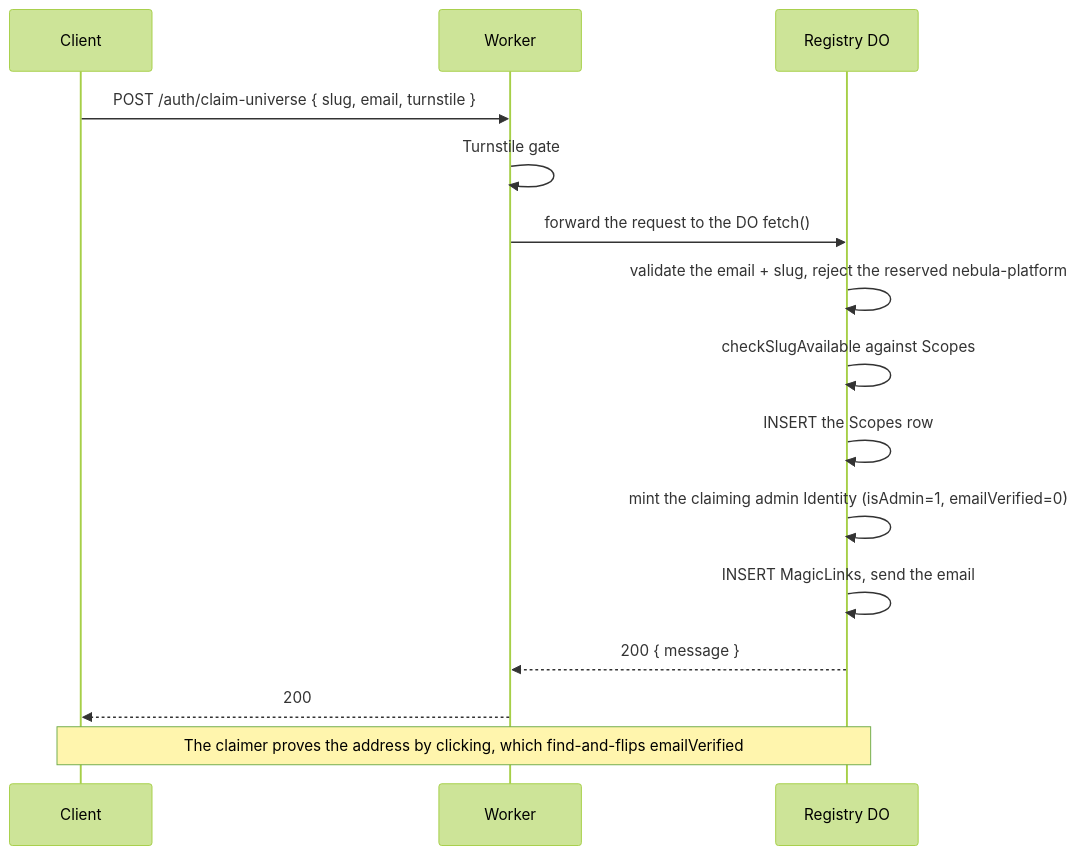
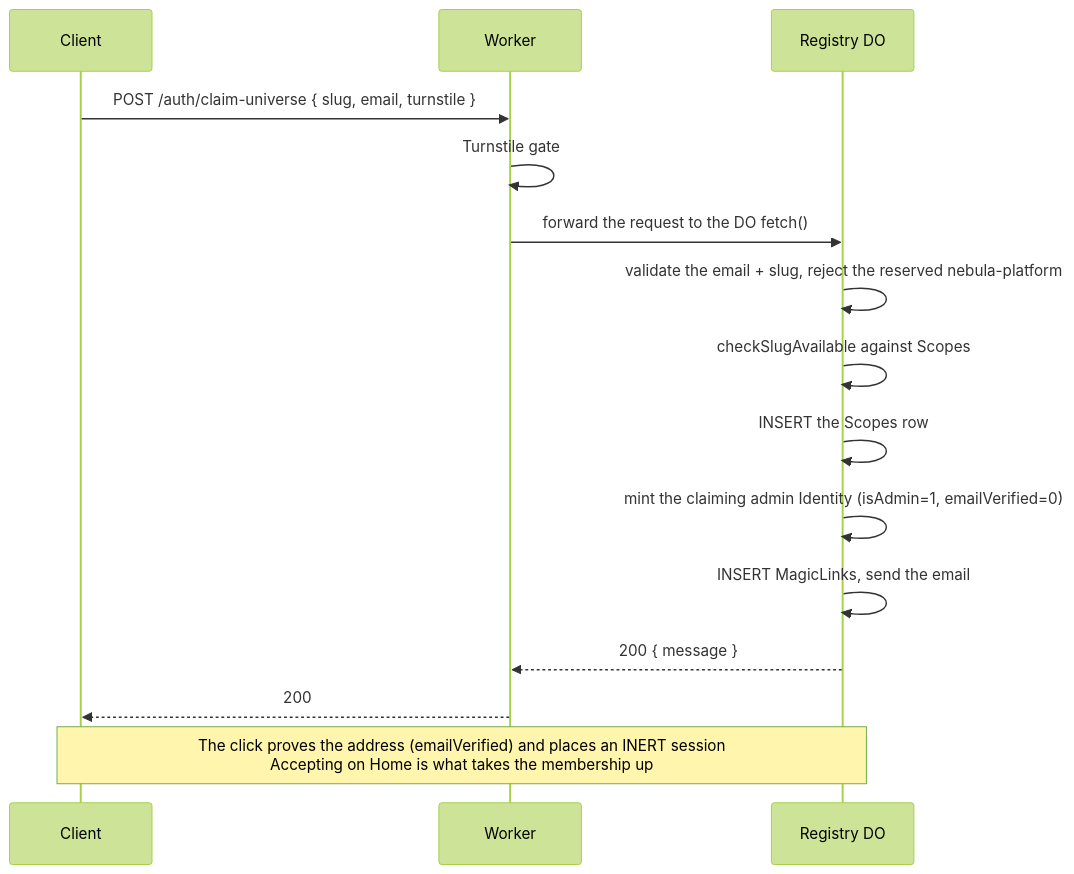
The fourth of 8 diagrams in packages/nebula-auth/README.md (lumenize/lumenize), drawn with Mermaid (forest theme) before and after one commit. The commit also changed other lines of this file and 5 other files, not shown here.

````diff
--- a/packages/nebula-auth/README.md
+++ b/packages/nebula-auth/README.md
@@ -278,19 +282,19 @@
 ```mermaid
 sequenceDiagram
     participant C as Client
     participant W as Worker
     participant R as Registry DO
 
     C->>W: POST /auth/claim-universe { slug, email, turnstile }
     W->>W: Turnstile gate
     W->>R: forward the request to the DO fetch()
     R->>R: validate the email + slug, reject the reserved nebula-platform
     R->>R: checkSlugAvailable against Scopes
     R->>R: INSERT the Scopes row
     R->>R: mint the claiming admin Identity (isAdmin=1, emailVerified=0)
     R->>R: INSERT MagicLinks, send the email
     R-->>W: 200 { message }
     W-->>C: 200
 
-    Note over C,R: The claimer proves the address by clicking, which find-and-flips emailVerified
+    Note over C,R: The click proves the address (emailVerified) and places an INERT session<br/>Accepting on Home is what takes the membership up
 ```
````
